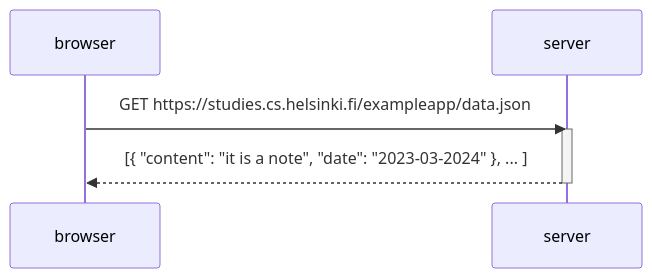
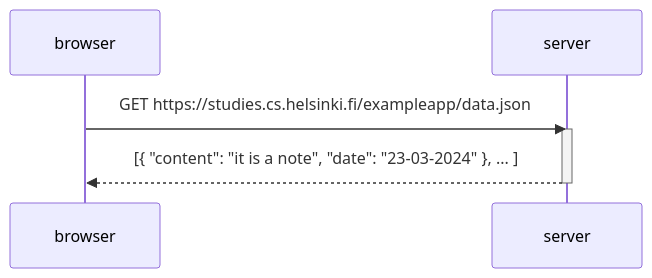
Before and after one commit to aaravkuxar/nodejs: the diagram in part0/0.4_New_Note_Diagram.md, drawn with Mermaid. The commit also changed 2 other files, not shown here.

Commit message:
exercise part0

````diff
--- a/part0/0.4_New_Note_Diagram.md
+++ b/part0/0.4_New_Note_Diagram.md
@@ -1,10 +1,10 @@
 ```mermaid
 sequenceDiagram
     participant browser
     participant server
 
     browser->>server: GET https://studies.cs.helsinki.fi/exampleapp/data.json
     activate server
-    server-->>browser: [{ "content": "it is a note", "date": "2023-03-2024" }, ... ]
+    server-->>browser: [{ "content": "it is a note", "date": "23-03-2024" }, ... ]
     deactivate server
 ```
````
